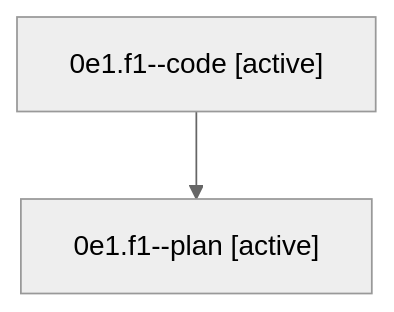
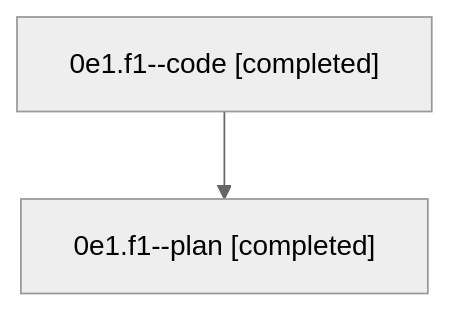
The diagram in families/bbugyi200.athena.0e1.f1.md (sase-org/sase--agents), drawn with Mermaid (neutral theme) before and after one commit. The commit also changed other lines of this file and 78 other files, not shown here.

````diff
--- a/families/bbugyi200.athena.0e1.f1.md
+++ b/families/bbugyi200.athena.0e1.f1.md
@@ -9,6 +9,6 @@
 ```mermaid
 flowchart TD
-  n0["0e1.f1--code [active]"]
-  n1["0e1.f1--plan [active]"]
+  n0["0e1.f1--code [completed]"]
+  n1["0e1.f1--plan [completed]"]
   n0 --> n1
 ```
````
